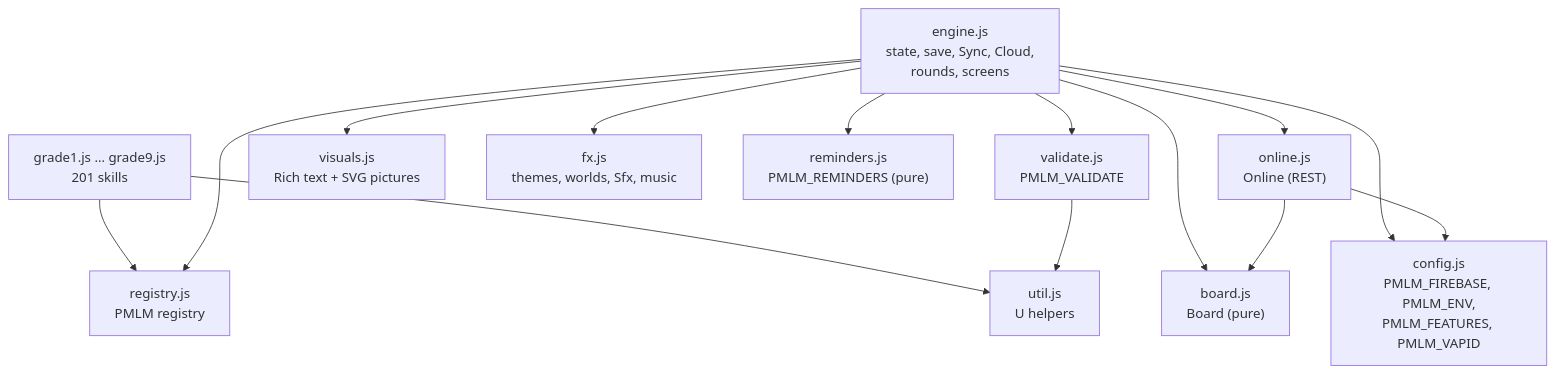
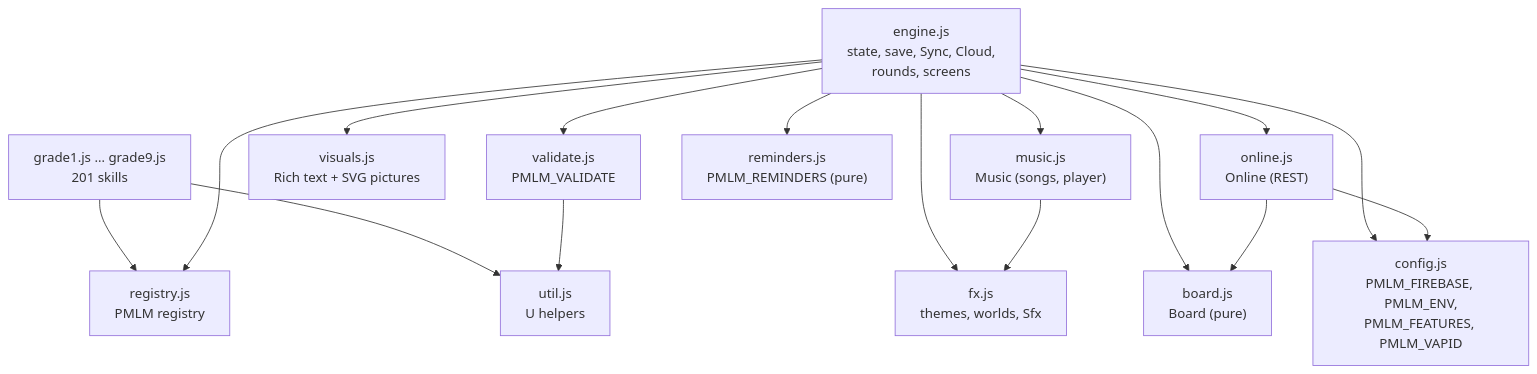
One commit to Rendorf/play-more-learn-more changed the second of 3 diagrams in docs/technology/architecture.md. Above: the diagram before and after it, drawn with Mermaid. The commit also changed other lines of this file and 16 other files, not shown here.

````diff
--- a/docs/technology/architecture.md
+++ b/docs/technology/architecture.md
@@ -49,28 +49,31 @@
 ```mermaid
 flowchart TD
   config["config.js<br>PMLM_FIREBASE, PMLM_ENV,<br>PMLM_FEATURES, PMLM_VAPID"]
   util["util.js<br>U helpers"]
   registry["registry.js<br>PMLM registry"]
   validate["validate.js<br>PMLM_VALIDATE"]
   grades["grade1.js … grade9.js<br>201 skills"]
   visuals["visuals.js<br>Rich text + SVG pictures"]
-  fx["fx.js<br>themes, worlds, Sfx, music"]
+  fx["fx.js<br>themes, worlds, Sfx"]
+  music["music.js<br>Music (songs, player)"]
   board["board.js<br>Board (pure)"]
   rem["reminders.js<br>PMLM_REMINDERS (pure)"]
   online["online.js<br>Online (REST)"]
   engine["engine.js<br>state, save, Sync, Cloud,<br>rounds, screens"]
 
   grades --> util
   grades --> registry
   validate --> util
   engine --> registry
   engine --> validate
   engine --> visuals
   engine --> fx
+  engine --> music
+  music --> fx
   engine --> board
   engine --> rem
   engine --> online
   engine --> config
   online --> config
   online --> board
 ```
````
